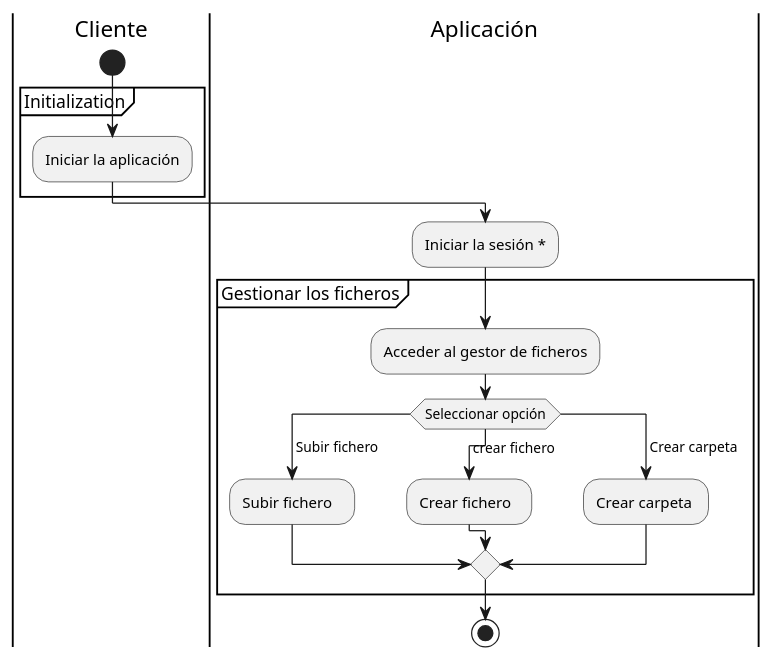
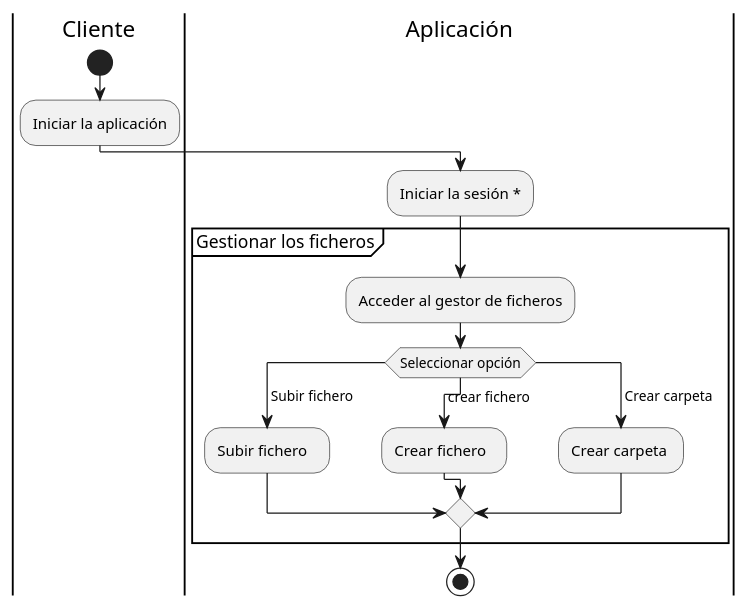
Before and after one commit to nonodev96/THUMDER: the diagram in UML/_6.3.ActivityDiagram.puml, drawn with PlantUML. The commit also changed 21 other files, not shown here.

Commit message:
Add control to Auth, routes, guards, and log out, and changes in UML

```diff
--- a/UML/_6.3.ActivityDiagram.puml
+++ b/UML/_6.3.ActivityDiagram.puml
@@ -1,41 +1,39 @@
 @startuml
 'https://plantuml.com/activity-diagram-beta
 '!theme amiga from https://raw.githubusercontent.com/plantuml/plantuml/master/themes
 
 'Iniciar Sesión
 skinparam defaultFontName consolas
 skinparam minClassWidth 100
 skinparam conditionStyle inside
 
 |Cliente|
 
 
 |Cliente|
 
   start
-  partition Initialization {
-    :Iniciar la aplicación;
-  }
+  :Iniciar la aplicación;
 
   |Aplicación|
 
   :Iniciar la sesión *;
 
   partition "Gestionar los ficheros" {
     :Acceder al gestor de ficheros;
 
     switch (Seleccionar opción)
 
     case ( Subir fichero )
       :Subir fichero;
     case ( crear fichero )
       :Crear fichero;
     case ( Crear carpeta )
       :Crear carpeta;
     endswitch
   }
   stop
 
 
 
 @enduml
```
